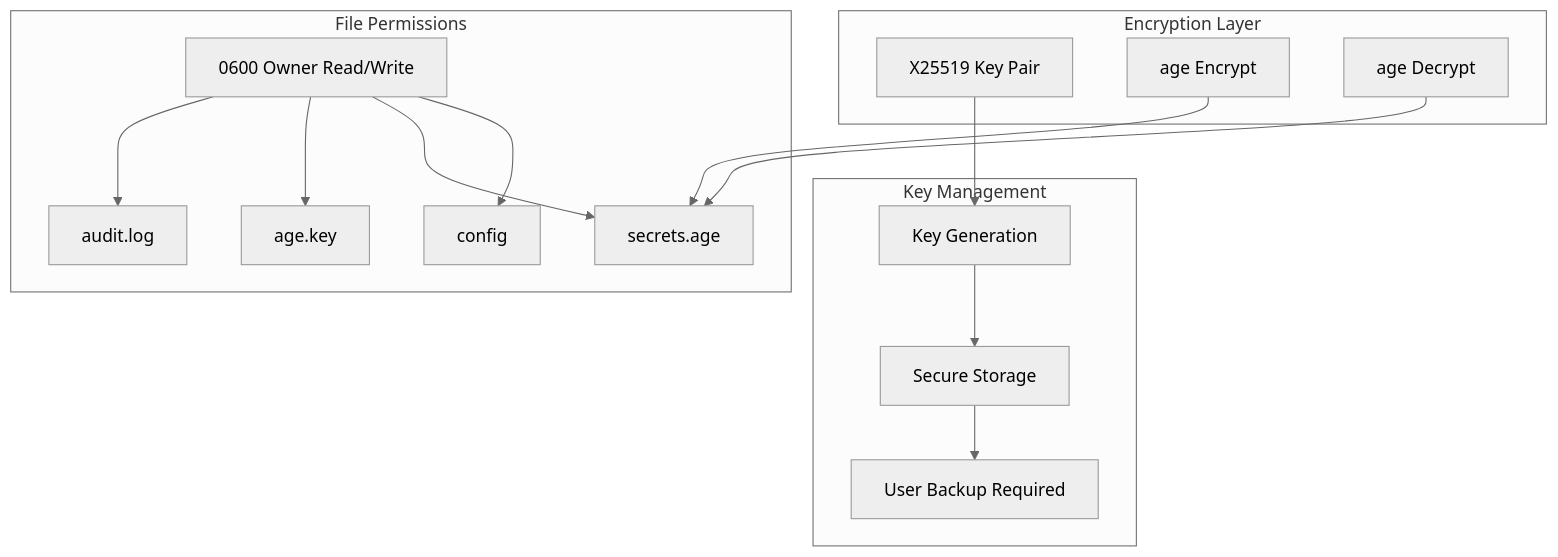
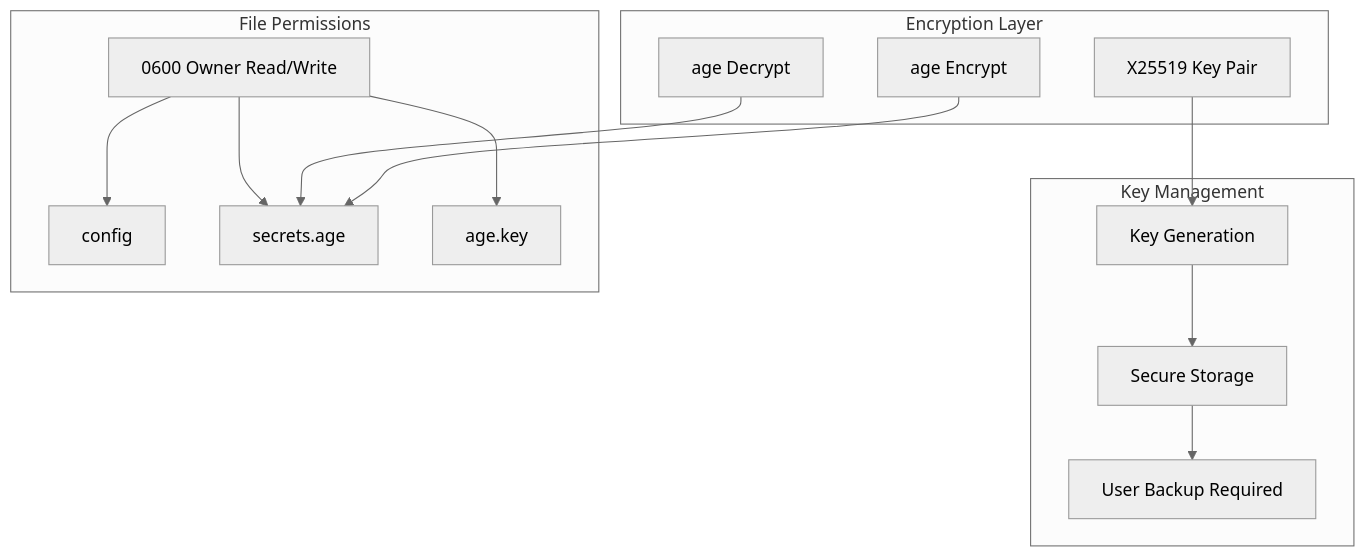
One commit to dkmnx/kairo changed the fourth of 6 diagrams in docs/architecture/README.md. Above: the diagram before and after it, drawn with Mermaid (neutral theme). The commit also changed other lines of this file and 6 other files, not shown here.

````diff
--- a/docs/architecture/README.md
+++ b/docs/architecture/README.md
@@ -139,32 +134,30 @@
 ```mermaid
 flowchart TB
     subgraph Encryption Layer
         X25519[X25519 Key Pair]
         AgeEncrypt[age Encrypt]
         AgeDecrypt[age Decrypt]
     end
 
     subgraph Key Management
         Generate[Key Generation]
         Store[Secure Storage]
         Backup[User Backup Required]
     end
 
     subgraph File Permissions
         Perms[0600 Owner Read/Write]
         ConfigFile[config]
         SecretsFile[secrets.age]
         KeyFile[age.key]
-        AuditFile[audit.log]
     end
 
     X25519 --> Generate
     Generate --> Store
     Store --> Backup
     AgeEncrypt --> SecretsFile
     AgeDecrypt --> SecretsFile
     Perms --> ConfigFile
     Perms --> SecretsFile
     Perms --> KeyFile
-    Perms --> AuditFile
 ```
````
